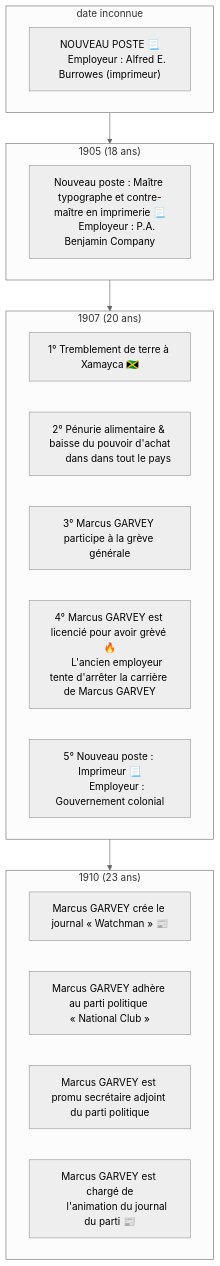
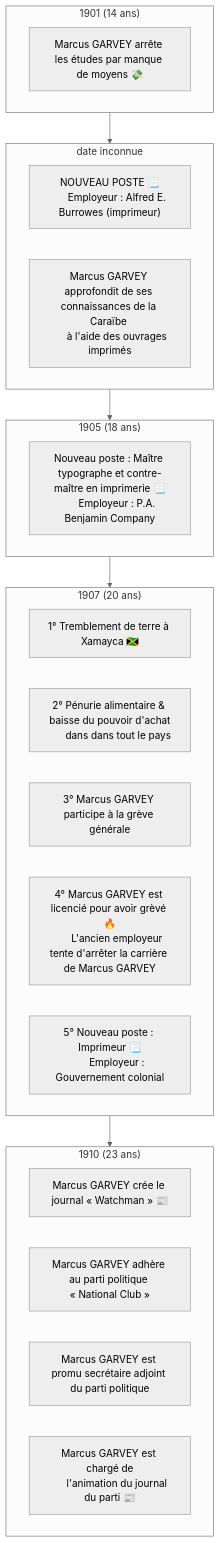
Before and after one commit to ba-moun/Ba-Moun-Save: the third of 4 diagrams in en-cours/personnalite/homme/polymathe/caraibes/midi/colonie/xamayca/marcus-gavey.md, drawn with Mermaid (neutral theme). The commit also changed other lines of this file, not shown here.

Commit message:
docs: update en-cours/personnalite/homme/polymathe/caraibes/midi/colonie/xamayca/marcus-gavey

````diff
--- a/en-cours/personnalite/homme/polymathe/caraibes/midi/colonie/xamayca/marcus-gavey.md
+++ b/en-cours/personnalite/homme/polymathe/caraibes/midi/colonie/xamayca/marcus-gavey.md
@@ -143,37 +143,45 @@
 ```mermaid
 flowchart TB
 
+   subgraph id21["1901 (14 ans)"]
+      id0["Marcus GARVEY arrête les études par manque de moyens 💸"]
+   end
+   
    subgraph id2["date inconnue"]
       id1["NOUVEAU POSTE 📃
       Employeur : Alfred E. Burrowes (imprimeur)"]
+      id3["Marcus GARVEY approfondit de ses connaissances de la Caraïbe 
+      à l'aide des ouvrages imprimés"]
+
    end
    
    subgraph id4["1905 (18 ans)"]
       id5["Nouveau poste : Maître typographe et contre-maître en imprimerie 📃
       Employeur : P.A. Benjamin Company"]
    end
    
    subgraph id7["1907 (20 ans)"]
       id13["1° Tremblement de terre à Xamayca 🇯🇲"]
       id14["2° Pénurie alimentaire & baisse du pouvoir d'achat
       dans dans tout le pays"]
       id6["3° Marcus GARVEY participe à la grève générale"]
       id8["4° Marcus GARVEY est licencié pour avoir grèvé 🔥
       L'ancien employeur tente d'arrêter la carrière de Marcus GARVEY"]
       id9["5° Nouveau poste : Imprimeur 📃
       Employeur : Gouvernement colonial"]
    end
    
    subgraph id10["1910 (23 ans)"]
       id11["Marcus GARVEY crée le journal « Watchman » 📰"]
       id25["Marcus GARVEY adhère au parti politique « National Club »"]
       id26["Marcus GARVEY est promu secrétaire adjoint du parti politique"]
       id12["Marcus GARVEY est chargé de
       l'animation du journal du parti 📰"]
    end
    
+   id21 --> id2
    id2 --> id4
    id4 --> id7
    id7 --> id10
 
 ```
````
